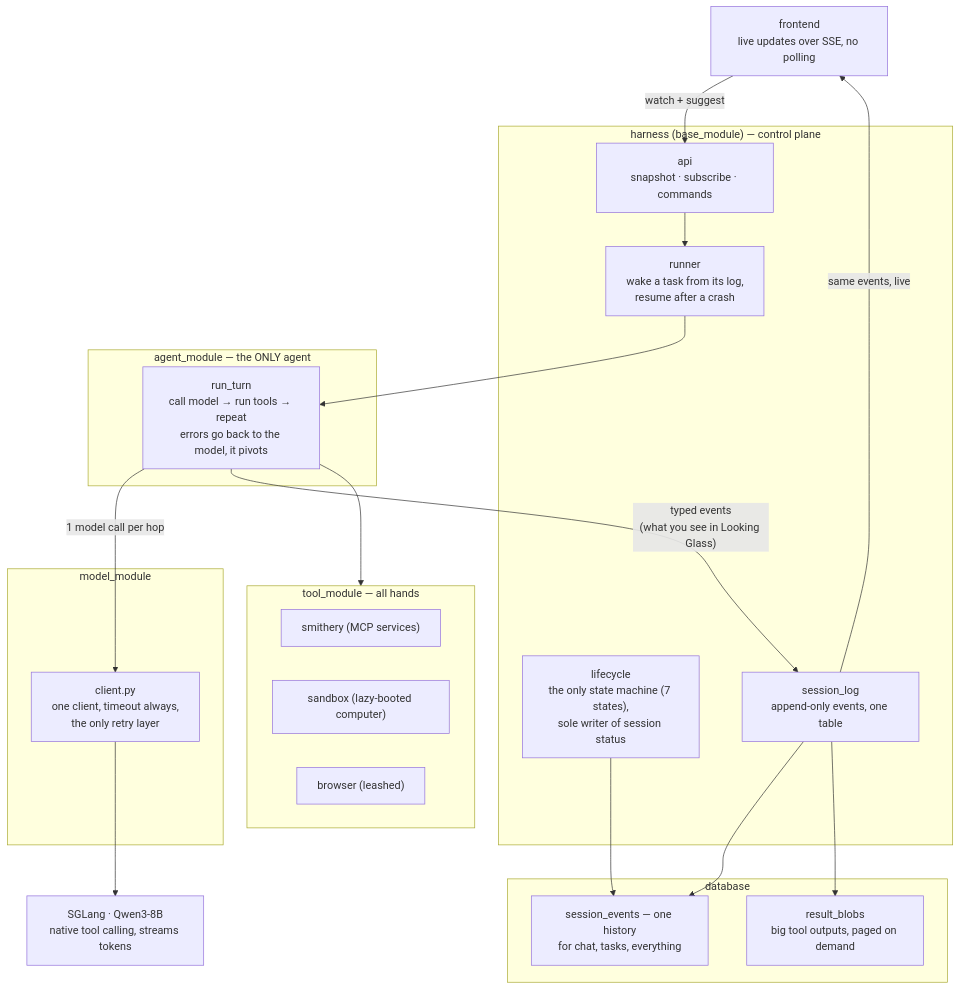
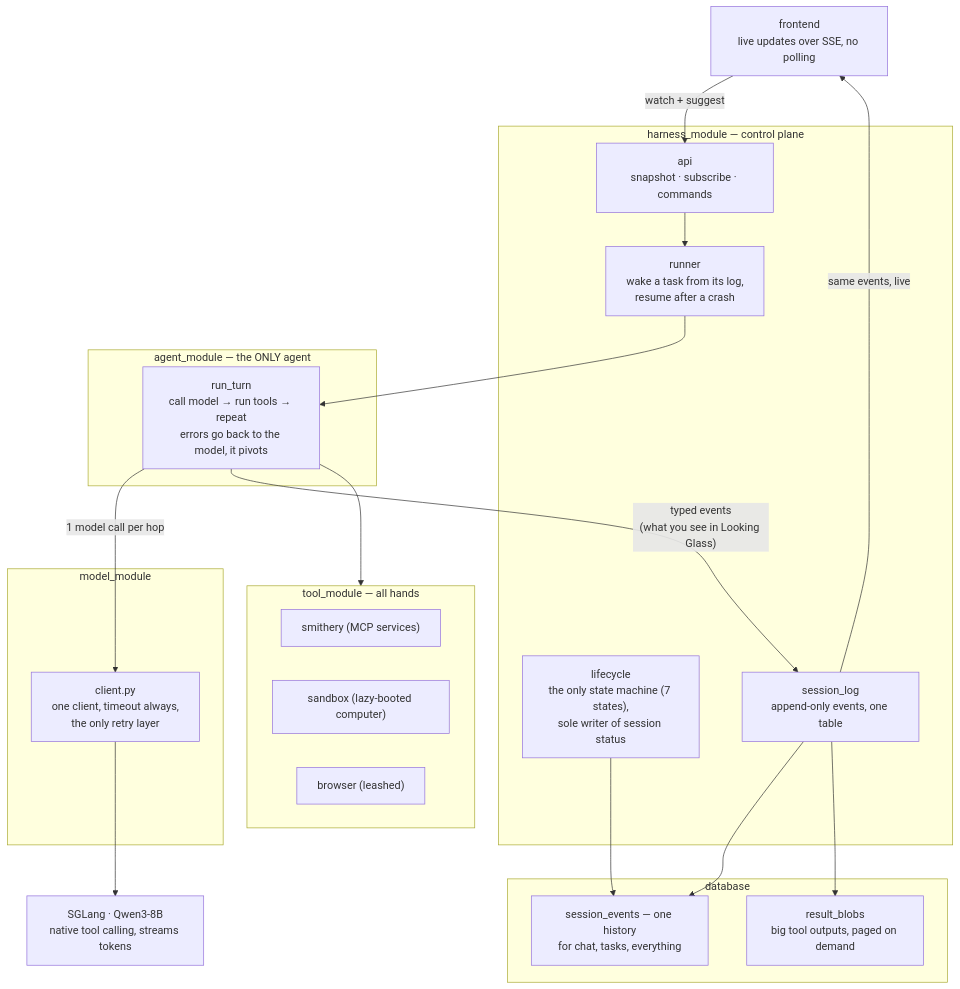
Before and after one commit to SGIARK/arkos: the second of 2 diagrams in docs/single_loop_redesign_spec.md, drawn with Mermaid. The commit also changed other lines of this file and 11 other files, not shown here.

````diff
--- a/docs/single_loop_redesign_spec.md
+++ b/docs/single_loop_redesign_spec.md
@@ -175,44 +175,44 @@
 ```mermaid
 flowchart TB
     FE["frontend<br/>live updates over SSE, no polling"]
 
-    subgraph HARNESS["harness (base_module) — control plane"]
+    subgraph HARNESS["harness_module — control plane"]
         API["api<br/>snapshot · subscribe · commands"]
         LIFE["lifecycle<br/>the only state machine (7 states),<br/>sole writer of session status"]
         LOG["session_log<br/>append-only events, one table"]
         RUN["runner<br/>wake a task from its log,<br/>resume after a crash"]
     end
 
     subgraph AGENT["agent_module — the ONLY agent"]
         LOOP["run_turn<br/>call model → run tools → repeat<br/>errors go back to the model, it pivots"]
     end
 
     subgraph MODEL["model_module"]
         CLIENT["client.py<br/>one client, timeout always,<br/>the only retry layer"]
     end
 
     subgraph TOOLS["tool_module — all hands"]
         SMITH["smithery (MCP services)"]
         SBX["sandbox (lazy-booted computer)"]
         BROWSER["browser (leashed)"]
     end
 
     subgraph DB["database"]
         EVENTS["session_events — one history<br/>for chat, tasks, everything"]
         BLOBS["result_blobs<br/>big tool outputs, paged on demand"]
     end
 
     VLLM["SGLang · Qwen3-8B<br/>native tool calling, streams tokens"]
 
     FE -- "watch + suggest" --> API
     API --> RUN
     RUN --> LOOP
     LOOP -- "1 model call per hop" --> CLIENT
     CLIENT --> VLLM
     LOOP --> TOOLS
     LOOP -- "typed events<br/>(what you see in Looking Glass)" --> LOG
     LOG --> EVENTS
     LOG --> BLOBS
     LIFE --> EVENTS
     LOG -- "same events, live" --> FE
 ```
````
